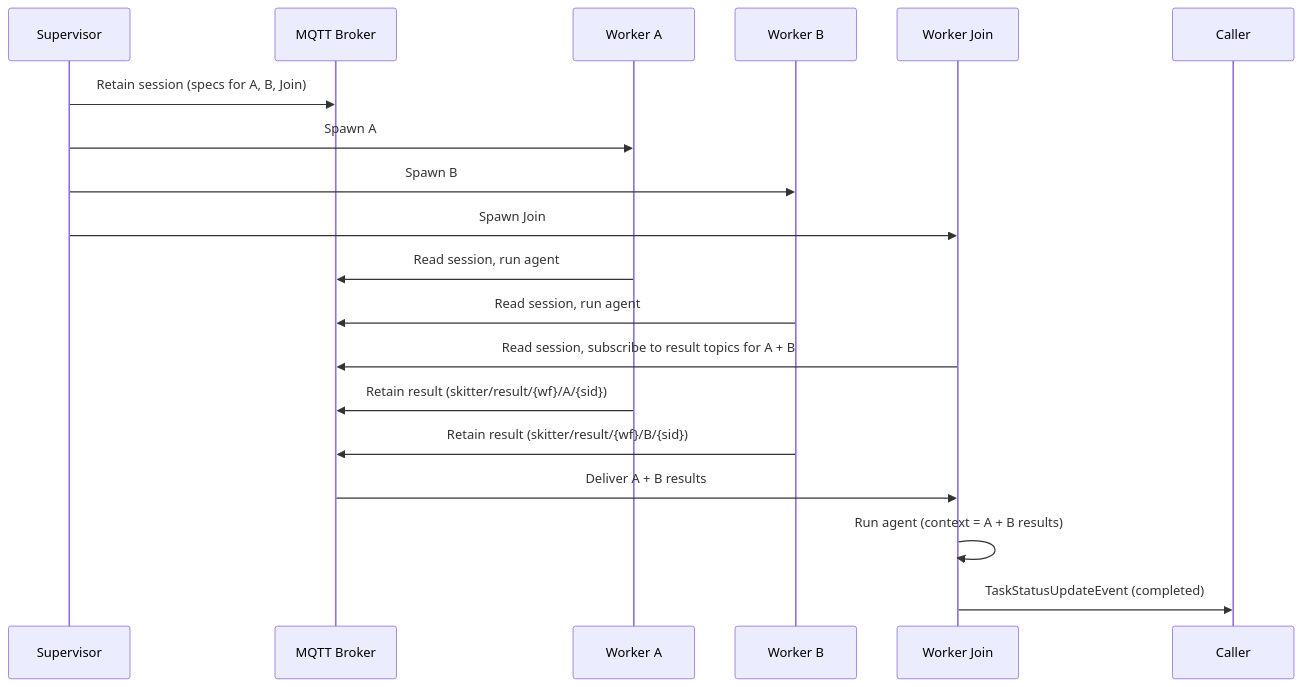
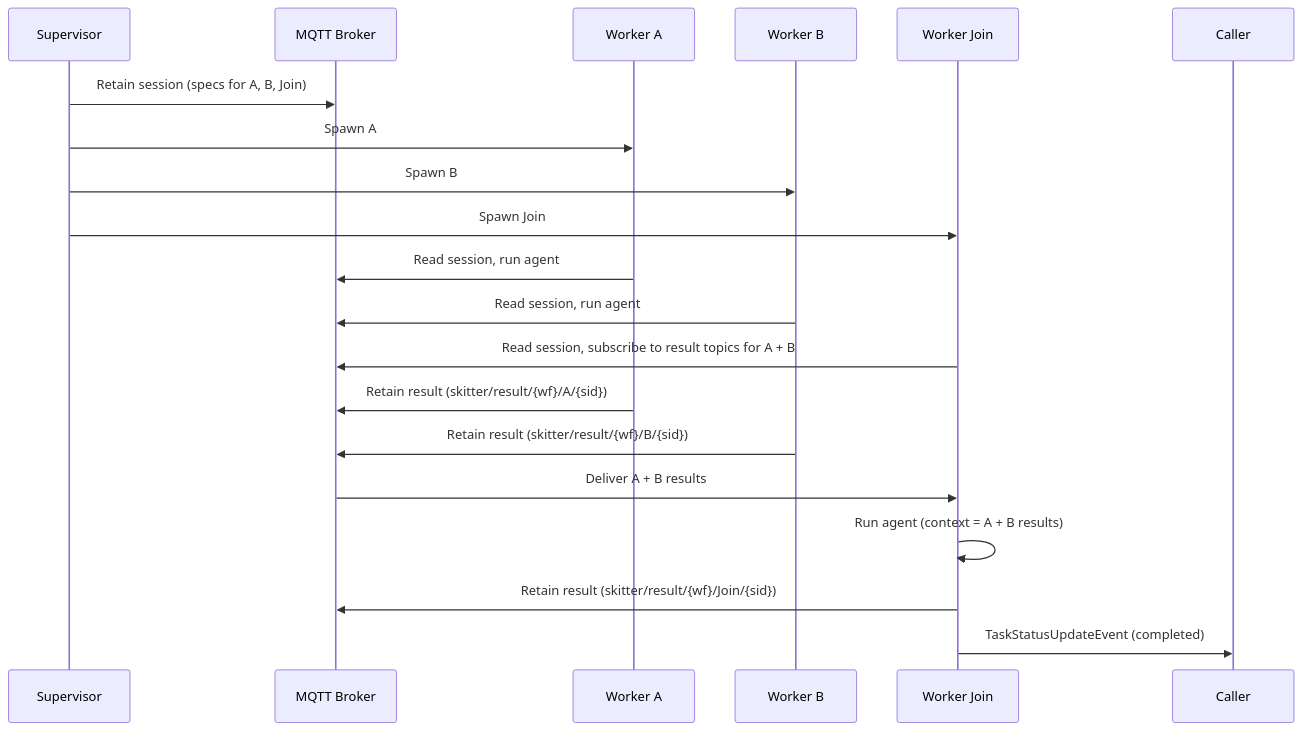
The third of 3 diagrams in docs/architecture.md (id/skitter), drawn with Mermaid before and after one commit. The commit also changed other lines of this file, not shown here.

Commit message:
fix: docs/architecture.md

````diff
--- a/docs/architecture.md
+++ b/docs/architecture.md
@@ -101,21 +103,22 @@
 ```mermaid
 sequenceDiagram
     participant S as Supervisor
     participant B as MQTT Broker
     participant WA as Worker A
     participant WB as Worker B
     participant WJ as Worker Join
 
     S->>B: Retain session (specs for A, B, Join)
     S->>WA: Spawn A
     S->>WB: Spawn B
     S->>WJ: Spawn Join
     WA->>B: Read session, run agent
     WB->>B: Read session, run agent
     WJ->>B: Read session, subscribe to result topics for A + B
     WA->>B: Retain result (skitter/result/{wf}/A/{sid})
     WB->>B: Retain result (skitter/result/{wf}/B/{sid})
     B->>WJ: Deliver A + B results
     WJ->>WJ: Run agent (context = A + B results)
+    WJ->>B: Retain result (skitter/result/{wf}/Join/{sid})
     WJ->>Caller: TaskStatusUpdateEvent (completed)
 ```
````
